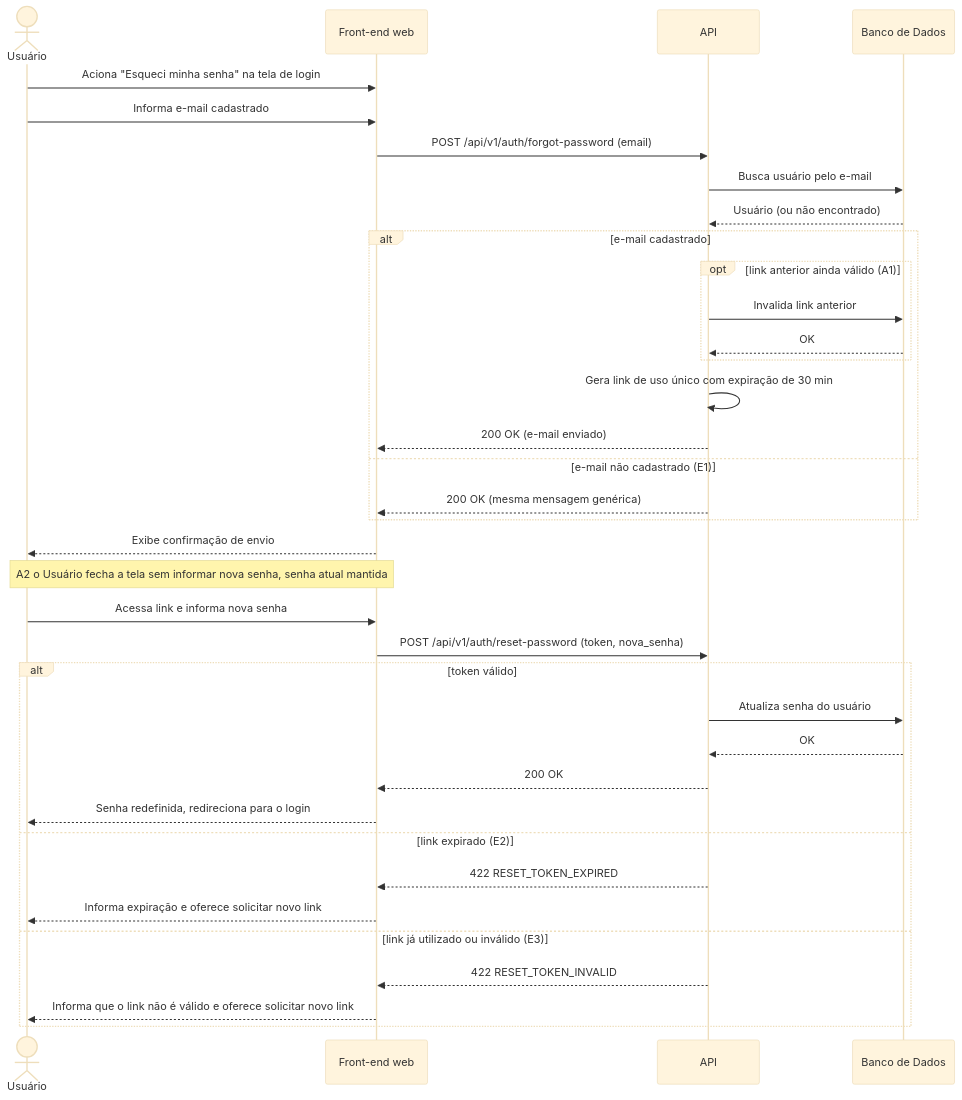
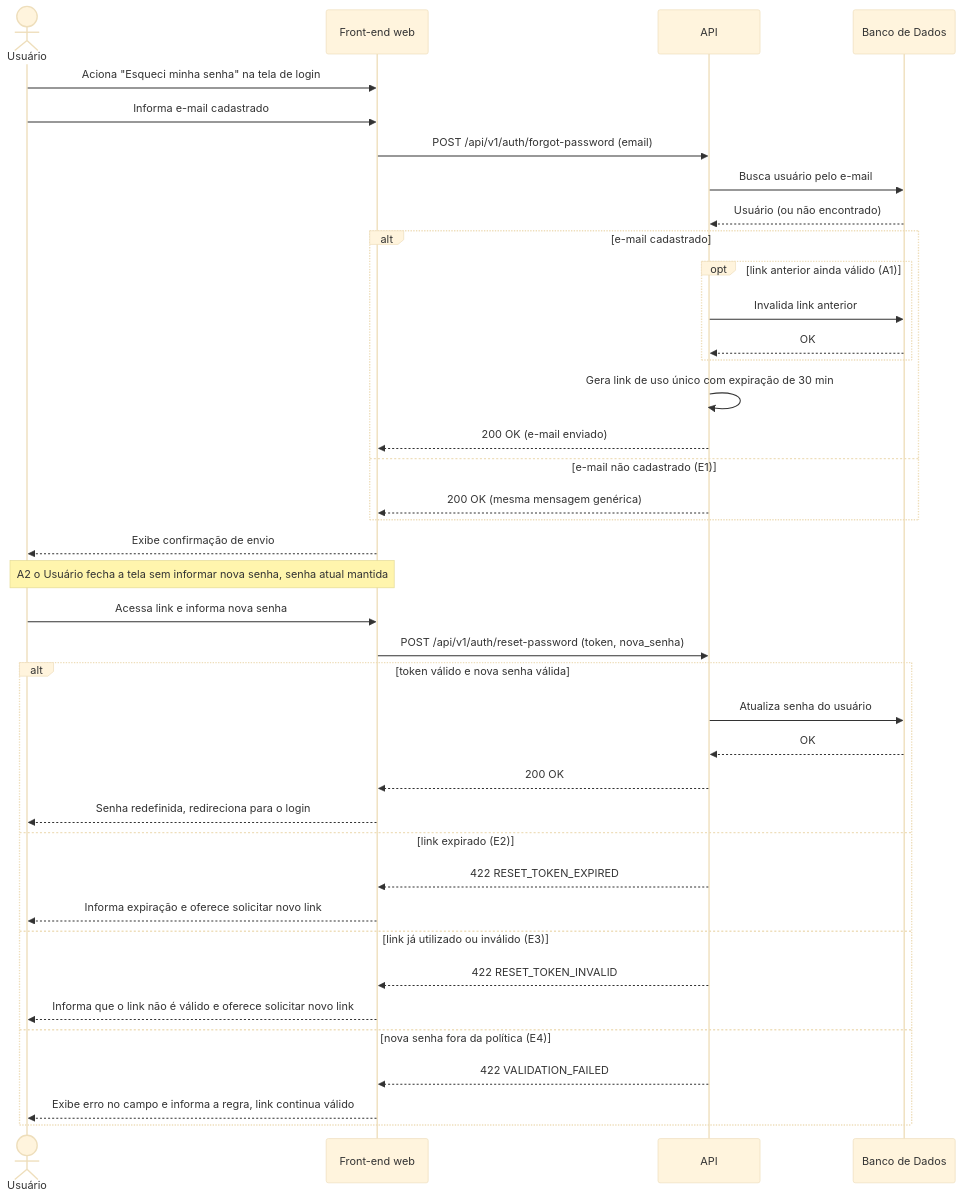
Before and after one commit to Plataforma-de-Cursos-TCC/plataforma-cursos-docs: the diagram in docs/ssd/UC011-recuperar-senha.md, drawn with Mermaid (base theme). The commit also changed other lines of this file and 8 other files, not shown here.

````diff
--- a/docs/ssd/UC011-recuperar-senha.md
+++ b/docs/ssd/UC011-recuperar-senha.md
@@ -5,39 +5,42 @@
 ```mermaid
 sequenceDiagram
     actor Usuário
     participant FE as Front-end web
     participant API
     participant DB as Banco de Dados
 
     Usuário->>FE: Aciona "Esqueci minha senha" na tela de login
     Usuário->>FE: Informa e-mail cadastrado
     FE->>API: POST /api/v1/auth/forgot-password (email)
     API->>DB: Busca usuário pelo e-mail
     DB-->>API: Usuário (ou não encontrado)
     alt e-mail cadastrado
         opt link anterior ainda válido (A1)
             API->>DB: Invalida link anterior
             DB-->>API: OK
         end
         API->>API: Gera link de uso único com expiração de 30 min
         API-->>FE: 200 OK (e-mail enviado)
     else e-mail não cadastrado (E1)
         API-->>FE: 200 OK (mesma mensagem genérica)
     end
     FE-->>Usuário: Exibe confirmação de envio
     Note over Usuário,FE: A2 o Usuário fecha a tela sem informar nova senha, senha atual mantida
     Usuário->>FE: Acessa link e informa nova senha
     FE->>API: POST /api/v1/auth/reset-password (token, nova_senha)
-    alt token válido
+    alt token válido e nova senha válida
         API->>DB: Atualiza senha do usuário
         DB-->>API: OK
         API-->>FE: 200 OK
         FE-->>Usuário: Senha redefinida, redireciona para o login
     else link expirado (E2)
         API-->>FE: 422 RESET_TOKEN_EXPIRED
         FE-->>Usuário: Informa expiração e oferece solicitar novo link
     else link já utilizado ou inválido (E3)
         API-->>FE: 422 RESET_TOKEN_INVALID
         FE-->>Usuário: Informa que o link não é válido e oferece solicitar novo link
+    else nova senha fora da política (E4)
+        API-->>FE: 422 VALIDATION_FAILED
+        FE-->>Usuário: Exibe erro no campo e informa a regra, link continua válido
     end
 ```
````
